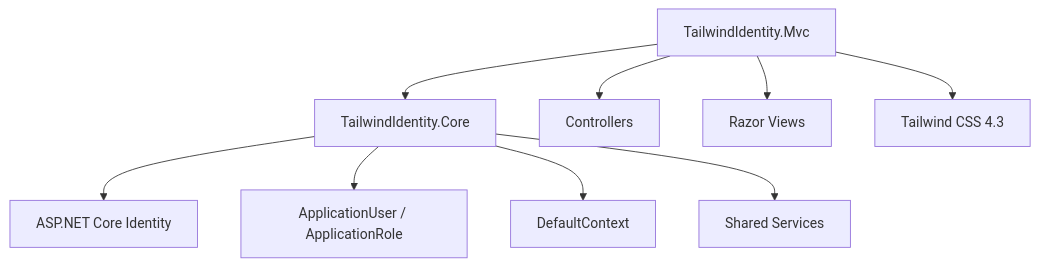
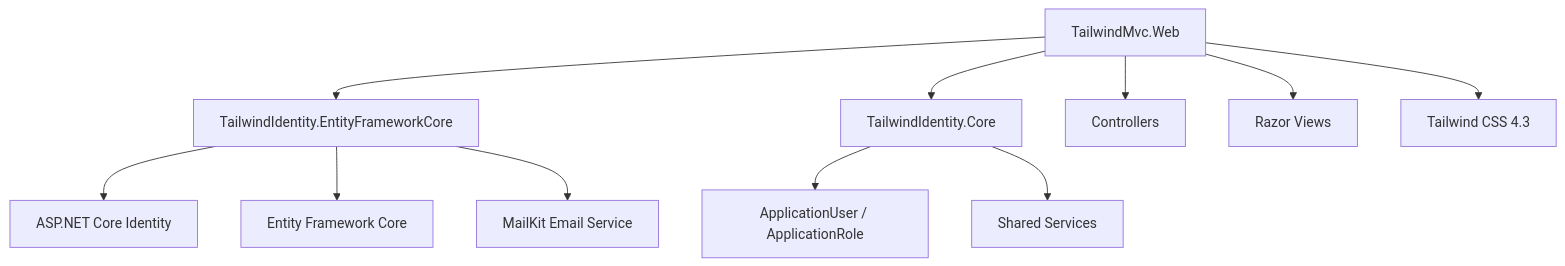
Before and after one commit to hnidboubker/aspnetcore-tailwind: the diagram in Src/TailwindMvc.Web/README.md, drawn with Mermaid. The commit also changed other lines of this file, not shown here.

````diff
--- a/Src/TailwindMvc.Web/README.md
+++ b/Src/TailwindMvc.Web/README.md
@@ -26,16 +25,19 @@
-```mermaid id="mvcarch01"
+```mermaid
 graph TD
 
-MVC[TailwindIdentity.Mvc]
+MVC[TailwindMvc.Web]
 
+MVC --> EFCore[TailwindIdentity.EntityFrameworkCore]
 MVC --> Core[TailwindIdentity.Core]
 
-Core --> Identity[ASP.NET Core Identity]
+EFCore --> Identity[ASP.NET Core Identity]
+EFCore --> EF[Entity Framework Core]
+EFCore --> MailKit[MailKit Email Service]
+
 Core --> Entities[ApplicationUser / ApplicationRole]
-Core --> Context[DefaultContext]
 Core --> Services[Shared Services]
 
 MVC --> Controllers[Controllers]
 MVC --> Views[Razor Views]
 MVC --> Tailwind[Tailwind CSS 4.3]
 ```
````
